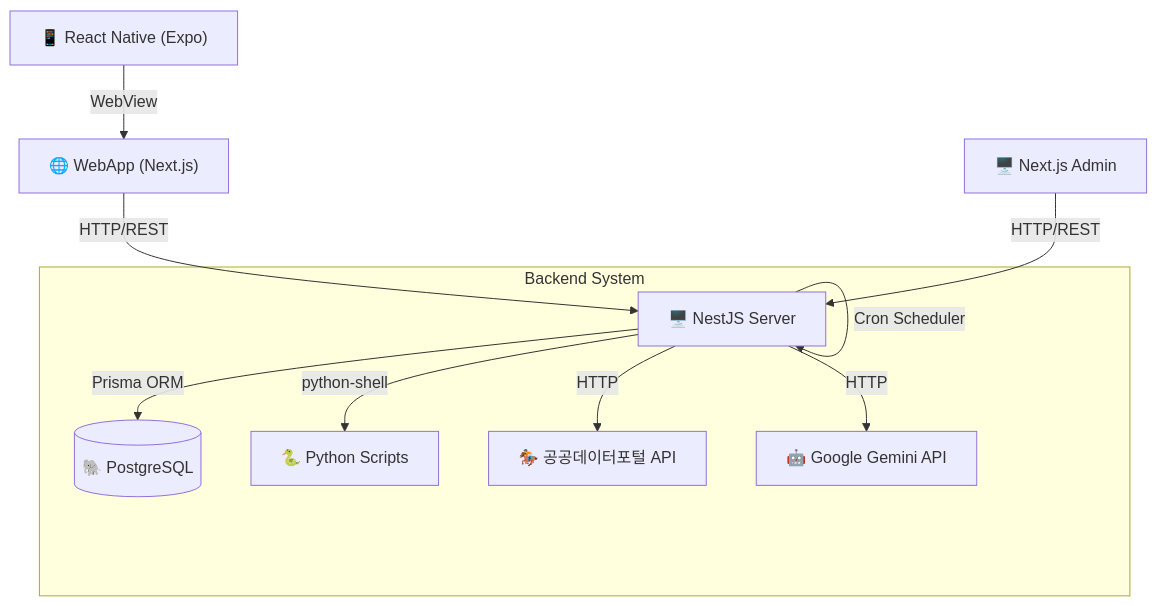
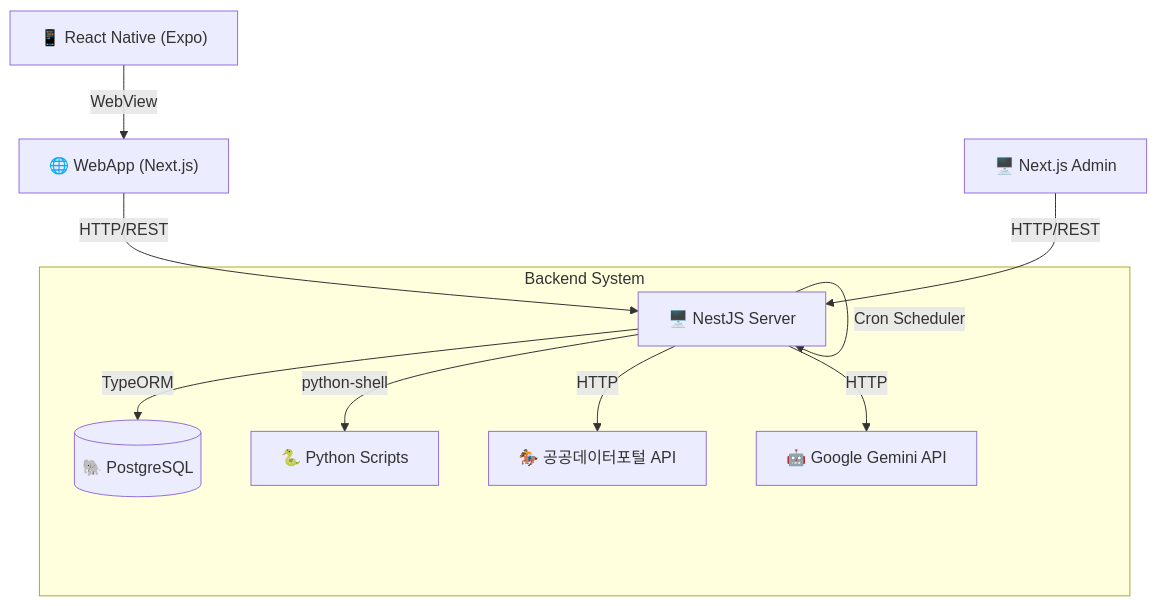
One commit to odds-center/oddscast changed the first of 3 diagrams in docs/architecture/ARCHITECTURE.md. Above: the diagram before and after it, drawn with Mermaid. The commit also changed other lines of this file and 453 other files, not shown here.

````diff
--- a/docs/architecture/ARCHITECTURE.md
+++ b/docs/architecture/ARCHITECTURE.md
@@ -9,14 +9,14 @@
 ```mermaid
 graph TD
     Mobile["📱 React Native (Expo)"] -->|WebView| WebApp["🌐 WebApp (Next.js)"]
     WebApp -->|HTTP/REST| Server["🖥️ NestJS Server"]
     Admin["🖥️ Next.js Admin"] -->|HTTP/REST| Server
 
     subgraph "Backend System"
-        Server -->|Prisma ORM| DB[("🐘 PostgreSQL")]
+        Server -->|TypeORM| DB[("🐘 PostgreSQL")]
         Server -->|python-shell| Python["🐍 Python Scripts"]
         Server -->|HTTP| KRA["🏇 공공데이터포털 API"]
         Server -->|HTTP| Gemini["🤖 Google Gemini API"]
         Server -->|Cron Scheduler| Server
     end
 ```
````
